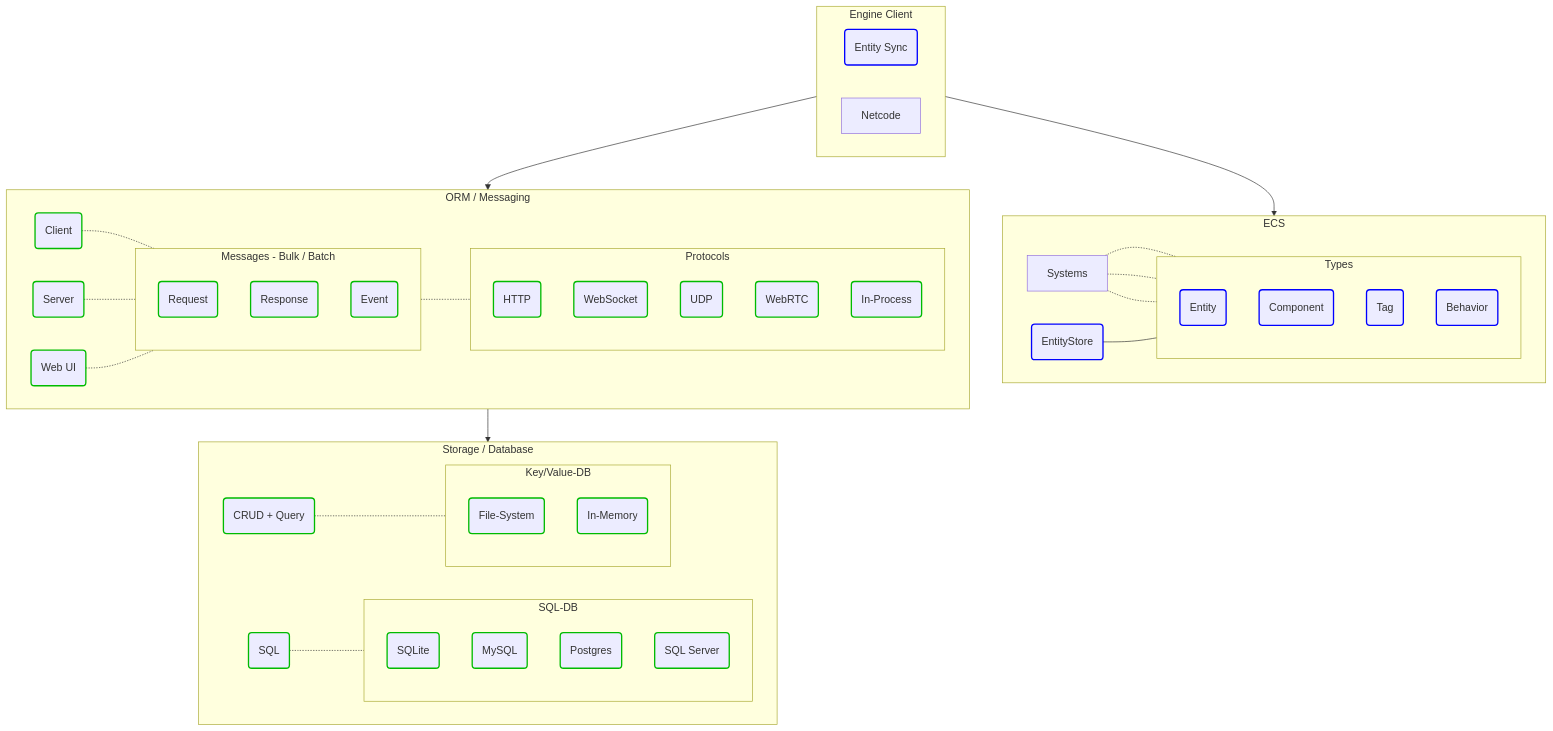
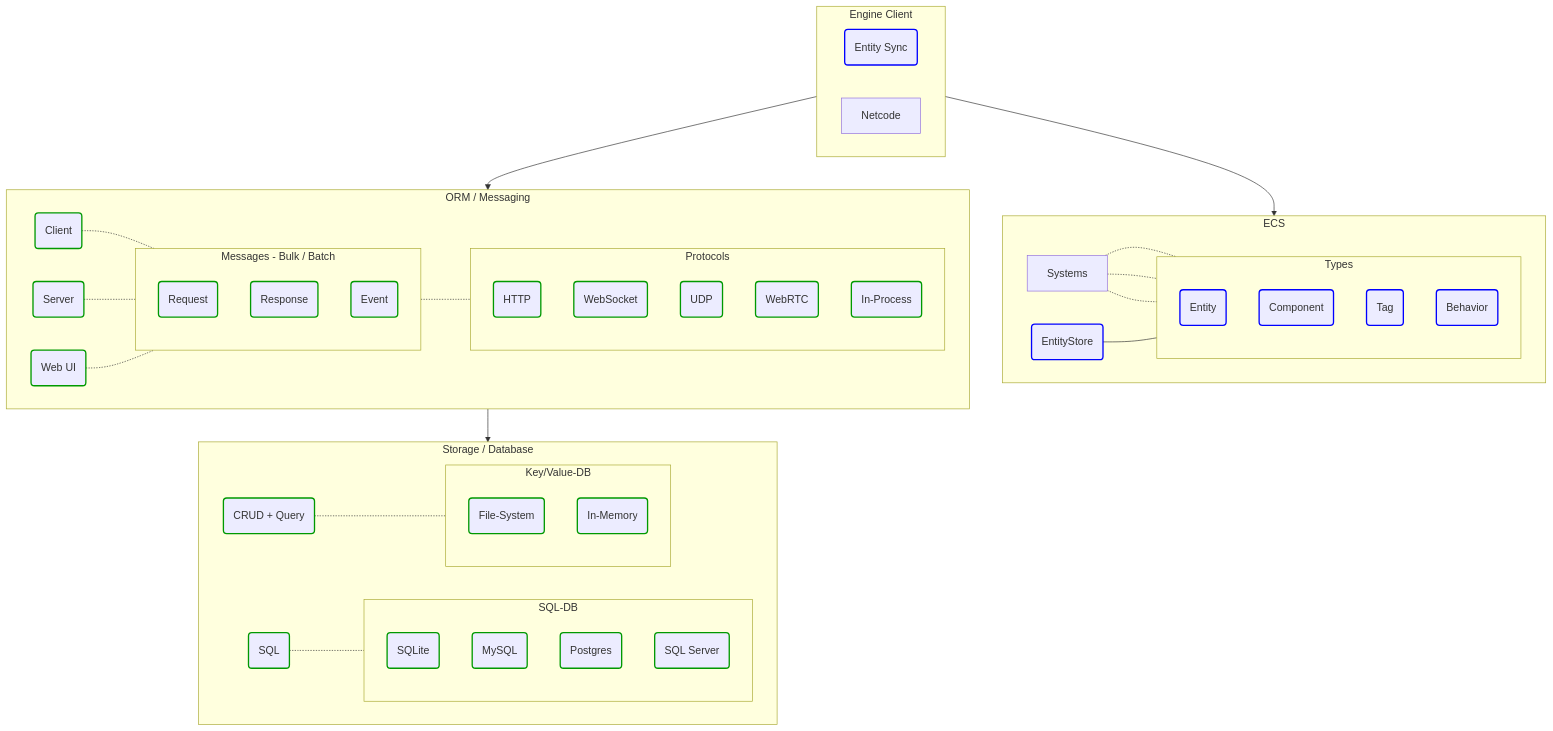
The second of 3 diagrams in Engine/README.md (friflo/Friflo.Json.Fliox), drawn with Mermaid before and after one commit. The commit also changed other lines of this file, not shown here.

Commit message:
Engine - update architecture diagram

````diff
--- a/Engine/README.md
+++ b/Engine/README.md
@@ -107,6 +107,6 @@
 ```mermaid
   graph TD;
-    classDef finished       stroke:#0b0,stroke-width:2px;
+    classDef finished       stroke:#090,stroke-width:2px;
     classDef implemented    stroke:#00f,stroke-width:2px;
 
     subgraph Engine-Client[Engine Client];
````
